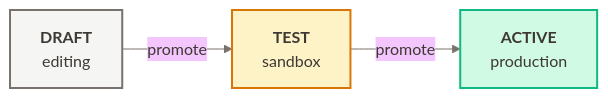
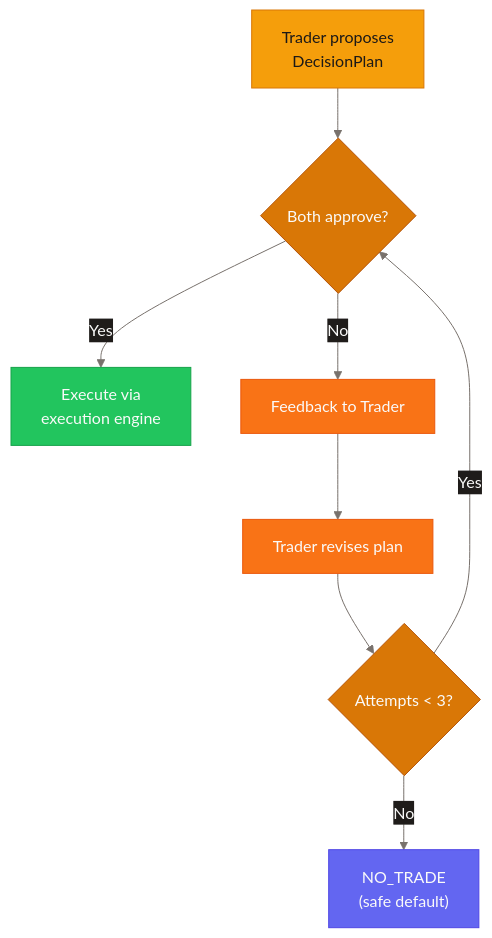
The second of 3 diagrams in PROJECT.md (ccheney/cream), drawn with Mermaid before and after one commit. The commit also changed other lines of this file, not shown here.

````diff
--- a/PROJECT.md
+++ b/PROJECT.md
@@ -479,20 +149,36 @@
 ```mermaid
-%%{init: {'theme': 'base', 'themeVariables': { 'primaryColor': '#FEF3C7', 'primaryTextColor': '#3D3832', 'lineColor': '#78716C', 'tertiaryColor': '#FBF8F3'}}}%%
-flowchart LR
-    Draft["`**DRAFT**
-    editing`"]
-    Test["`**TEST**
-    sandbox`"]
-    Active["`**ACTIVE**
-    production`"]
+%%{init: {'theme': 'base', 'themeVariables': {
+  'primaryColor': '#D97706',
+  'primaryTextColor': '#FAFAF9',
+  'primaryBorderColor': '#B45309',
+  'lineColor': '#78716C',
+  'secondaryColor': '#1F1C1A',
+  'tertiaryColor': '#141211',
+  'background': '#0C0A09',
+  'mainBkg': '#141211',
+  'textColor': '#D6D3D1'
+}}}%%
+flowchart TB
+    Trader["`Trader proposes
+    DecisionPlan`"] --> Gate{"Both approve?"}
+    Gate -->|Yes| Execute["`Execute via
+    execution engine`"]
+    Gate -->|No| Feedback["Feedback to Trader"]
+    Feedback --> Revise["Trader revises plan"]
+    Revise --> Counter{"Attempts < 3?"}
+    Counter -->|Yes| Gate
+    Counter -->|No| NoTrade["`NO_TRADE
+    (safe default)`"]
 
-    Draft -->|promote| Test -->|promote| Active
+    classDef trader fill:#F59E0B,stroke:#D97706,color:#1C1917
+    classDef gate fill:#D97706,stroke:#B45309,color:#FAFAF9
+    classDef success fill:#22C55E,stroke:#16A34A,color:#FAFAF9
+    classDef safe fill:#6366F1,stroke:#4F46E5,color:#FAFAF9
+    classDef feedback fill:#F97316,stroke:#EA580C,color:#FAFAF9
 
-    classDef draft fill:#F5F5F4,stroke:#78716C,stroke-width:2px,color:#3D3832
-    classDef test fill:#FEF3C7,stroke:#D97706,stroke-width:2px,color:#3D3832
-    classDef active fill:#D1FAE5,stroke:#10B981,stroke-width:2px,color:#3D3832
-
-    class Draft draft
-    class Test test
-    class Active active
+    class Trader trader
+    class Gate,Counter gate
+    class Execute success
+    class NoTrade safe
+    class Feedback,Revise feedback
 ```
````
